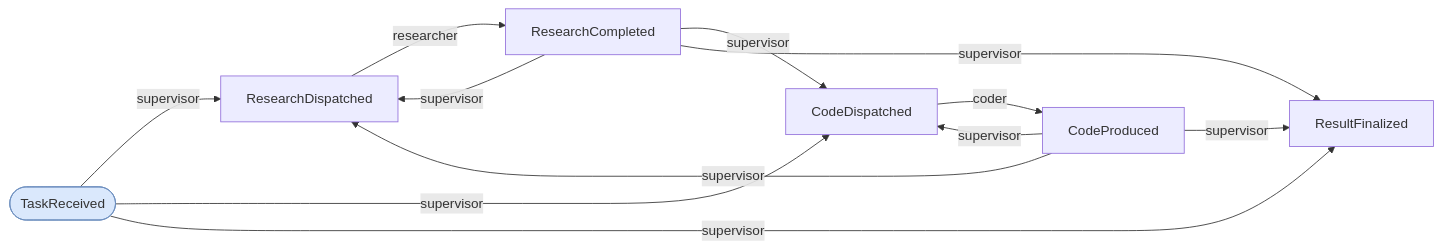
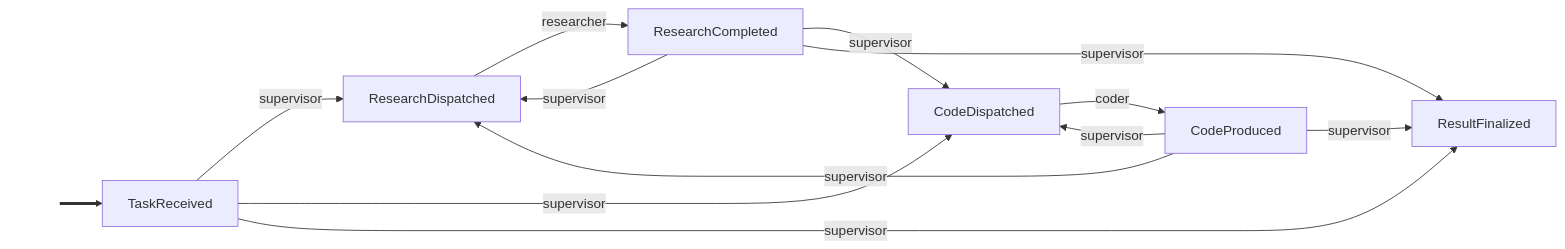
The diagram in examples/supervisor.graph.md (cadance-io/langgraph-events), drawn with Mermaid before and after one commit. The commit also changed 8 other files, not shown here.

First line of the commit message:
Replace seed event stadium shape with thick entry edge

````diff
--- a/examples/supervisor.graph.md
+++ b/examples/supervisor.graph.md
@@ -4,17 +4,17 @@
 ```mermaid
 graph LR
-    classDef seed fill:#dae8fc,stroke:#6c8ebf
-    TaskReceived([TaskReceived]):::seed
+    classDef entry fill:none,stroke:none,color:none
+    _e0_[ ]:::entry ==> TaskReceived
     TaskReceived -->|supervisor| ResearchDispatched
     TaskReceived -->|supervisor| CodeDispatched
     TaskReceived -->|supervisor| ResultFinalized
     ResearchCompleted -->|supervisor| ResearchDispatched
     ResearchCompleted -->|supervisor| CodeDispatched
     ResearchCompleted -->|supervisor| ResultFinalized
     CodeProduced -->|supervisor| ResearchDispatched
     CodeProduced -->|supervisor| CodeDispatched
     CodeProduced -->|supervisor| ResultFinalized
     ResearchDispatched -->|researcher| ResearchCompleted
     CodeDispatched -->|coder| CodeProduced
 %% Side-effect handlers: audit_trail (Auditable)
 ```
````
